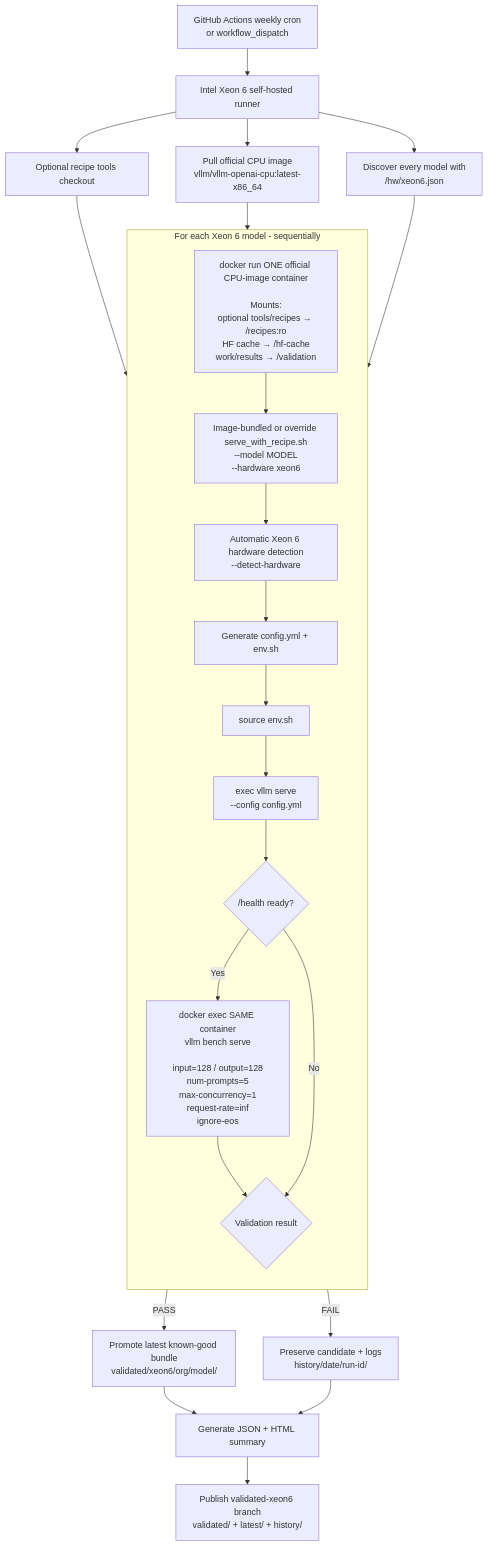
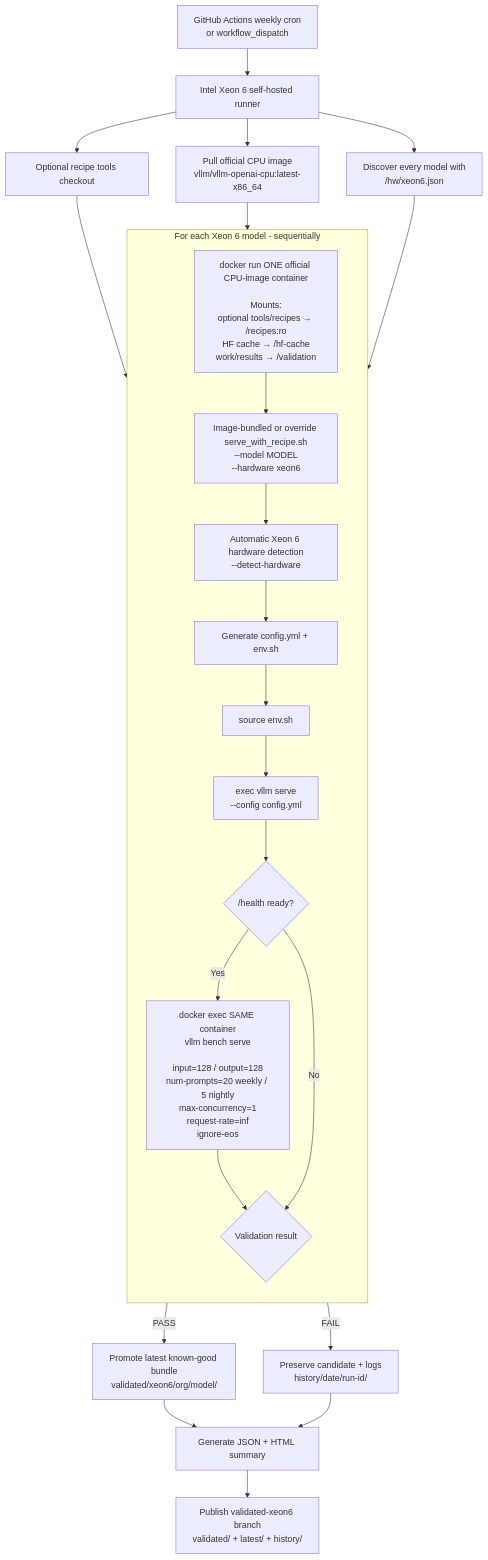
The diagram in README.md (intel-ai-tce/vLLM-Recipes-validation), drawn with Mermaid before and after one commit. The commit also changed other lines of this file and 3 other files, not shown here.

````diff
--- a/README.md
+++ b/README.md
@@ -42,37 +53,37 @@
 ```mermaid
 flowchart TD
     A["GitHub Actions weekly cron<br/>or workflow_dispatch"] --> B["Intel Xeon 6 self-hosted runner"]
 
     B --> C["Optional recipe tools checkout"]
     B --> D["Pull official CPU image<br/>vllm/vllm-openai-cpu:latest-x86_64"]
     B --> E["Discover every model with<br/>/hw/xeon6.json"]
 
     C --> F
     D --> F
     E --> F
 
     subgraph F["For each Xeon 6 model - sequentially"]
         direction TB
 
         F1["docker run ONE official CPU-image container<br/><br/>Mounts:<br/>optional tools/recipes → /recipes:ro<br/>HF cache → /hf-cache<br/>work/results → /validation"]
         F2["Image-bundled or override serve_with_recipe.sh<br/>--model MODEL<br/>--hardware xeon6"]
         F3["Automatic Xeon 6 hardware detection<br/>--detect-hardware"]
         F4["Generate config.yml + env.sh"]
         F5["source env.sh"]
         F6["exec vllm serve<br/>--config config.yml"]
         F7{"/health ready?"}
-        F8["docker exec SAME container<br/>vllm bench serve<br/><br/>input=128 / output=128<br/>num-prompts=5<br/>max-concurrency=1<br/>request-rate=inf<br/>ignore-eos"]
+        F8["docker exec SAME container<br/>vllm bench serve<br/><br/>input=128 / output=128<br/>num-prompts=20 weekly / 5 nightly<br/>max-concurrency=1<br/>request-rate=inf<br/>ignore-eos"]
         F9{"Validation result"}
 
         F1 --> F2 --> F3 --> F4 --> F5 --> F6 --> F7
         F7 -- Yes --> F8 --> F9
         F7 -- No --> F9
     end
 
     F9 -- PASS --> G["Promote latest known-good bundle<br/>validated/xeon6/org/model/"]
     F9 -- FAIL --> H["Preserve candidate + logs<br/>history/date/run-id/"]
 
     G --> I["Generate JSON + HTML summary"]
     H --> I
     I --> J["Publish validated-xeon6 branch<br/>validated/ + latest/ + history/"]
 ```
````
